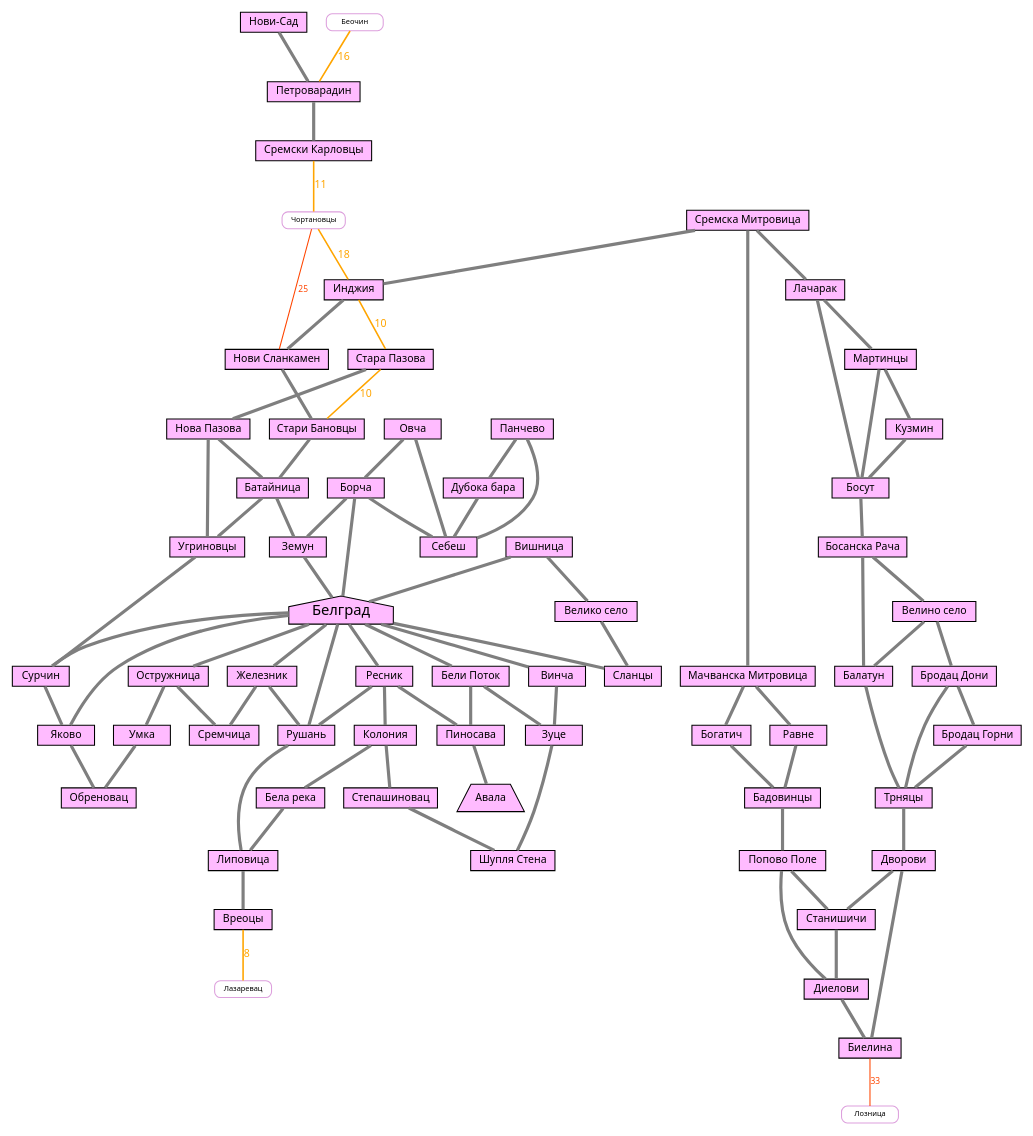
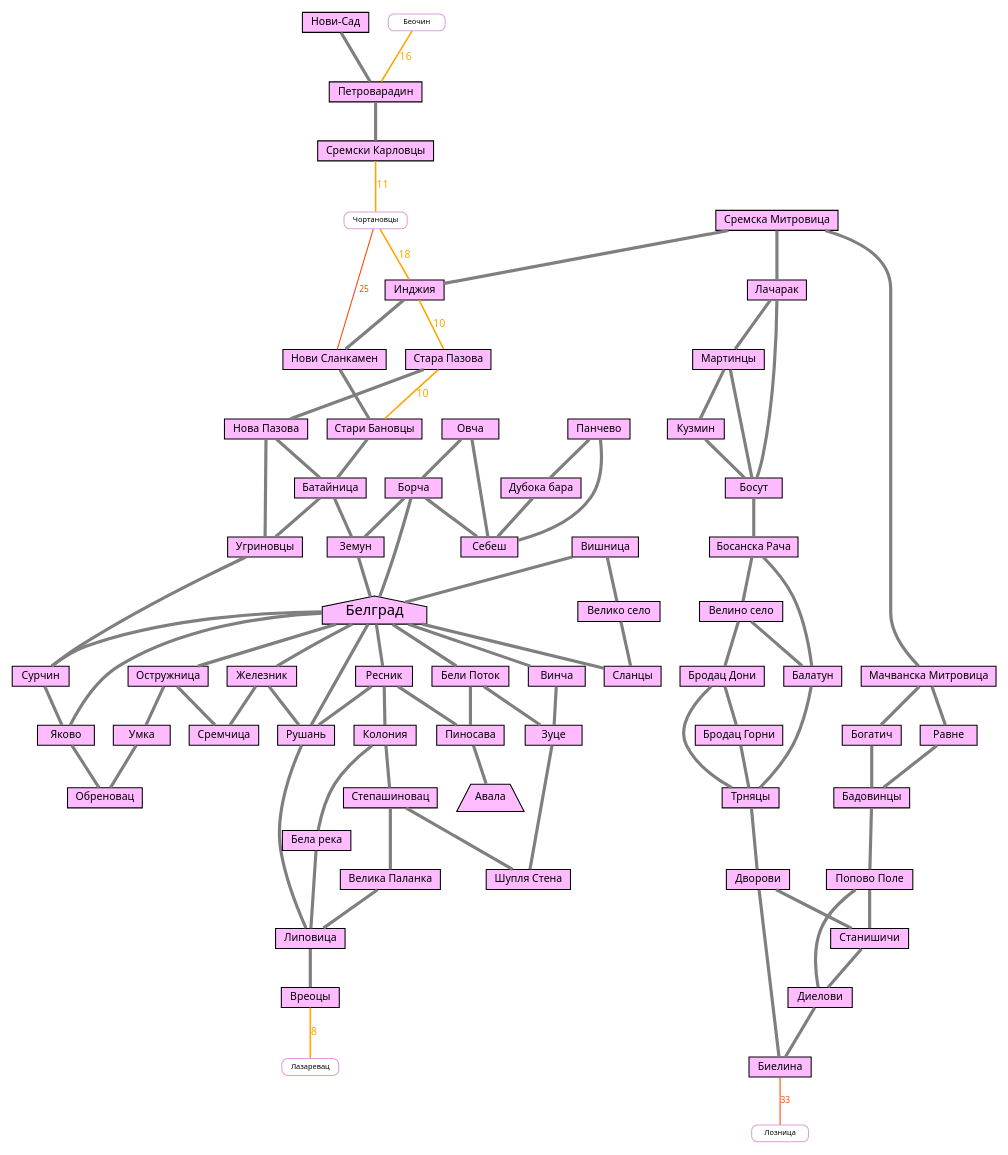
One commit to shoorick/bike-area changed the diagram in serbia.dot. Above: the diagram before and after it, drawn with Graphviz. The commit also changed 5 other files, not shown here.

Commit message:
Expand Serbian graph: ride Bela reka → Lipovci → Velika Palanka → Stepašinovac → Kolonija → Bela reka

```diff
--- a/serbia.dot
+++ b/serbia.dot
@@ -1,77 +1,78 @@
 graph G {
     node [ shape=box, fontsize=10, fontname="Noto Sans,sans", style=filled, height=0.2 ]
     edge [ color=gray50, penwidth=3, fontname="Noto Sans,sans" ]
     graph [ overlap=false ]
 
     subgraph belgrade {
     node [ fillcolor=plum1 ]
     Белград [ shape=house, fontsize=14, margin=0.01 ]
     Авала [ shape=trapezium, margin=0.01 ]
 
     "Стара Пазова" -- "Нова Пазова" -- Батайница -- Земун -- Белград
     Белград -- {Ресник Рушань Сланцы Сурчин}
     Вишница -- "Велико село" -- Сланцы
     Вишница -- Белград
     Ресник -- Рушань -- Липовица -- Вреоцы
     Ресник -- Пиносава
     Ресник -- Колония -- "Бела река" -- Липовица
+    Степашиновац -- "Велика Паланка" -- Липовица
     Колония -- Степашиновац -- "Шупля Стена"
     Белград -- Винча -- Зуце -- "Шупля Стена"
     Белград -- "Бели Поток" -- Зуце
     "Бели Поток" -- Пиносава -- Авала
     Белград -- Железник -- Рушань
     "Сремска Митровица" -- Инджия -- "Нови Сланкамен" -- "Стари Бановцы" -- Батайница
     "Нова Пазова" -- Угриновцы
     Батайница -- Угриновцы -- Сурчин -- Яково
     Овча -- Борча -- Белград -- Яково -- Обреновац
     Белград -- Остружница -- Умка -- Обреновац
     { Железник Остружница } -- Сремчица
     Овча -- Себеш
     Борча -- Себеш
     Борча -- Земун
     Панчево -- Себеш
     Панчево -- "Дубока бара" -- Себеш
 
     "Сремска Митровица" -- Лачарак -- Мартинцы -- Кузмин -- Босут
     Лачарак -- Босут
     Мартинцы -- Босут -- "Босанска Рача" -- Балатун -- Трняцы
     "Босанска Рача" -- "Велино село" -- "Бродац Дони" -- "Бродац Горни" -- Трняцы
     "Велино село" -- Балатун
     "Бродац Дони" -- Трняцы -- Дворови -- Биелина
     Дворови -- Станишичи -- Диелови -- Биелина
     "Сремска Митровица" -- "Мачванска Митровица" -- { Равне Богатич } -- Бадовинцы
     Бадовинцы -- "Попово Поле" -- Станишичи
     "Попово Поле" -- Диелови
 
     "Нови-Сад" -- Петроварадин -- "Сремски Карловцы"
 }
 
 subgraph failed {
     node [ shape=Mrecord,fillcolor=white,color=plum,fontsize=7, height=0.1 ]
 
     // Ближайшие — можно пройти за час, до 15-20 км
     edge [ color=orange, fontcolor=orange, fontsize=10, penwidth=1.5 ]
     Инджия -- "Стара Пазова" [ label=10 ]
     "Стара Пазова" -- "Стари Бановцы" [ label=10 ]
     Вреоцы -- Лазаревац [ label=8 ]
 
     Беочин -- Петроварадин [ label=16 ]
     "Сремски Карловцы" -- Чортановцы [ label=11 ]
     Чортановцы -- Инджия [ label=18 ]
 
     // Ближние, до 40 км
     edge [ color=orangered, fontcolor=orangered, fontsize=8, penwidth=1 ]
     Чортановцы -- "Нови Сланкамен" [ label=25 ]
     Биелина -- Лозница [ label=33 ]
 
     // Средние — можно пройти за день
     // edge [ color=red, fontcolor=red, style="dashed" ]
 
     // Дальние (от 100 км)
     //edge [ color=plum, fontcolor=plum, style="dotted" ]
 
     // Самые дальние — нереально проехать
     // edge [ color=skyblue, fontcolor=skyblue ]
 }
 
 }
```
